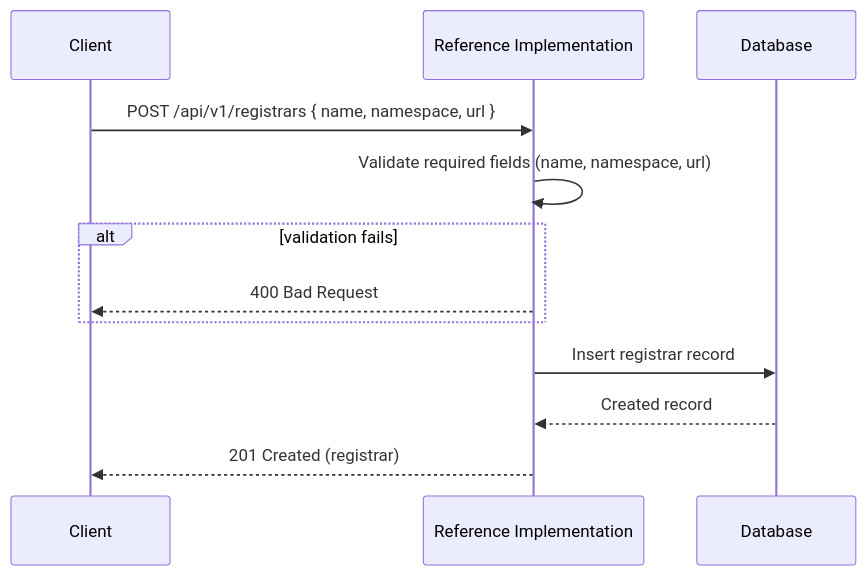
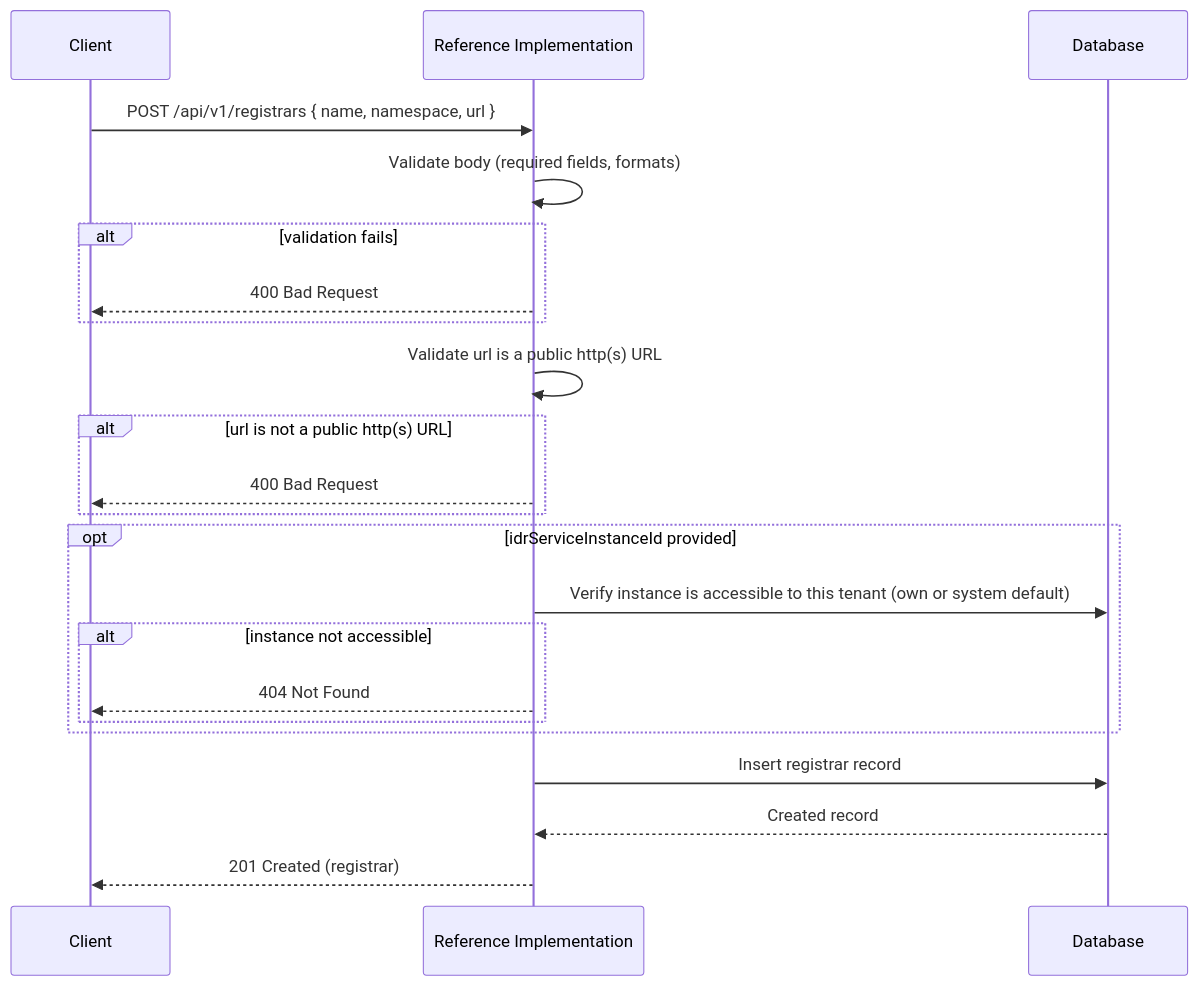
The first of 4 diagrams in documentation/docs/reference-implementation/api/registrars.md (uncefact/tests-untp), drawn with Mermaid before and after one commit. The commit also changed other lines of this file and 27 other files, not shown here.

````diff
--- a/documentation/docs/reference-implementation/api/registrars.md
+++ b/documentation/docs/reference-implementation/api/registrars.md
@@ -60,15 +60,25 @@
 ```mermaid
 sequenceDiagram
     participant Client
     participant RI as Reference Implementation
     participant DB as Database
 
     Client->>RI: POST /api/v1/registrars { name, namespace, url }
-    RI->>RI: Validate required fields (name, namespace, url)
+    RI->>RI: Validate body (required fields, formats)
     alt validation fails
         RI-->>Client: 400 Bad Request
+    end
+    RI->>RI: Validate url is a public http(s) URL
+    alt url is not a public http(s) URL
+        RI-->>Client: 400 Bad Request
+    end
+    opt idrServiceInstanceId provided
+        RI->>DB: Verify instance is accessible to this tenant (own or system default)
+        alt instance not accessible
+            RI-->>Client: 404 Not Found
+        end
     end
     RI->>DB: Insert registrar record
     DB-->>RI: Created record
     RI-->>Client: 201 Created (registrar)
 ```
````
